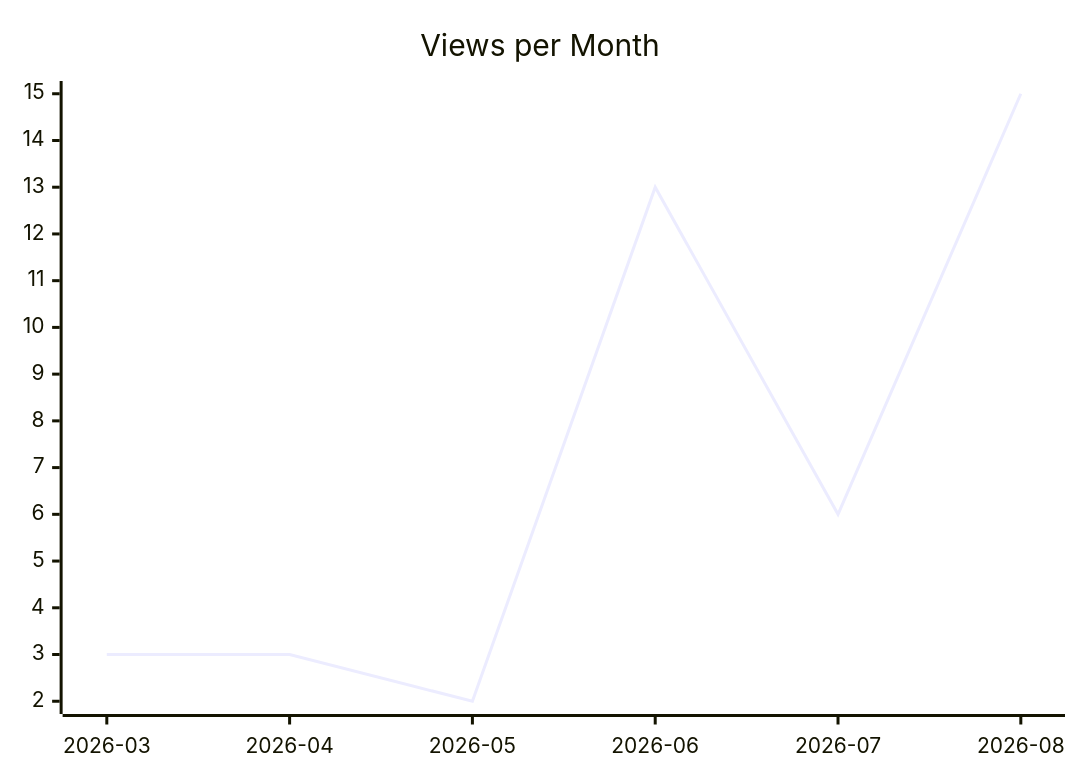
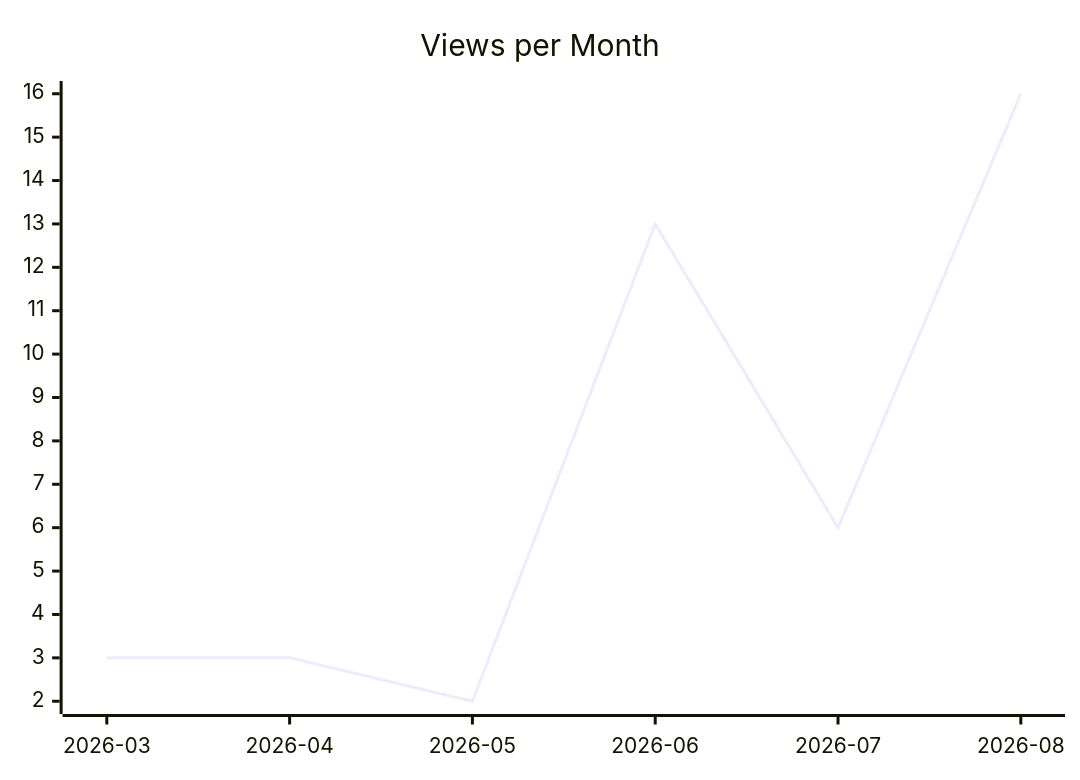
The second of 3 diagrams in karlmdavis/rps-tourney/README.md (justdavis-family/github-analytics-data), drawn with Mermaid before and after one commit. The commit also changed other lines of this file and 167 other files, not shown here.

````diff
--- a/karlmdavis/rps-tourney/README.md
+++ b/karlmdavis/rps-tourney/README.md
@@ -12,6 +12,6 @@
 ```mermaid
 xychart-beta
   title "Views per Month"
   x-axis ["2026-03", "2026-04", "2026-05", "2026-06", "2026-07", "2026-08"]
-  line [3, 3, 2, 13, 6, 15]
+  line [3, 3, 2, 13, 6, 16]
 ```
````
